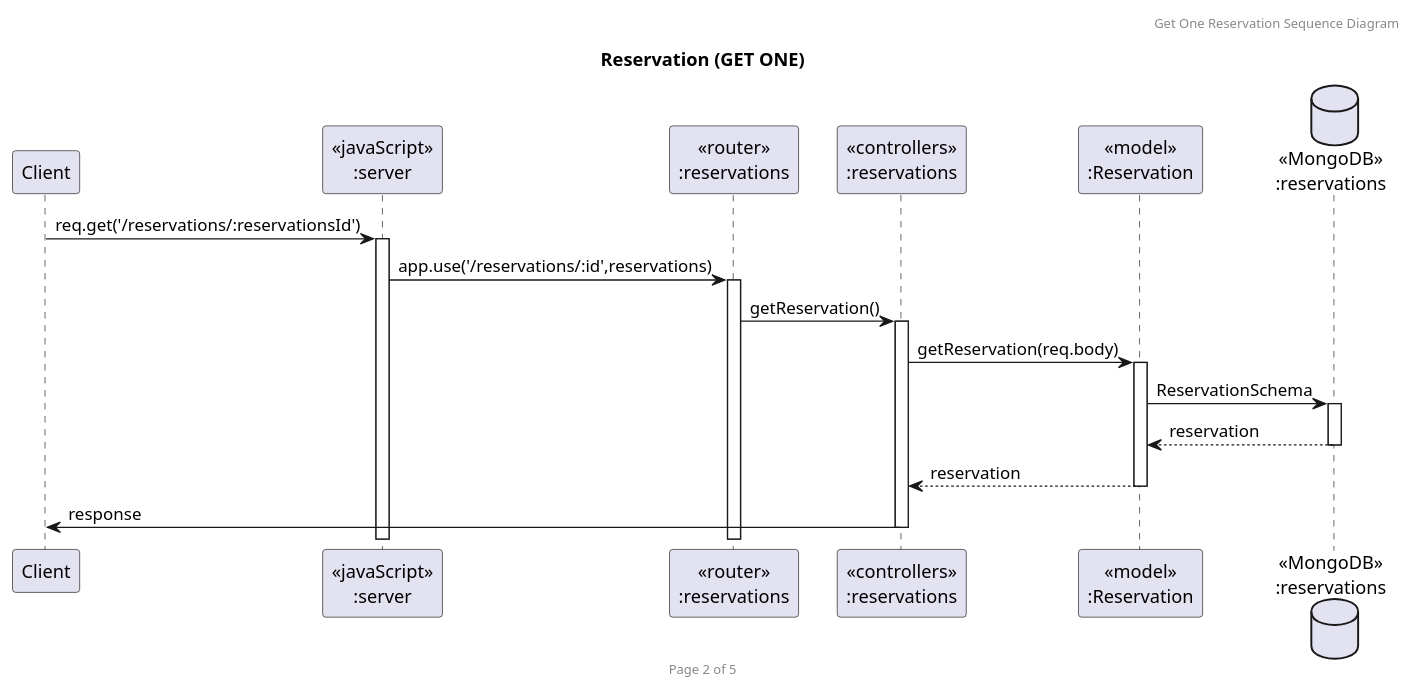
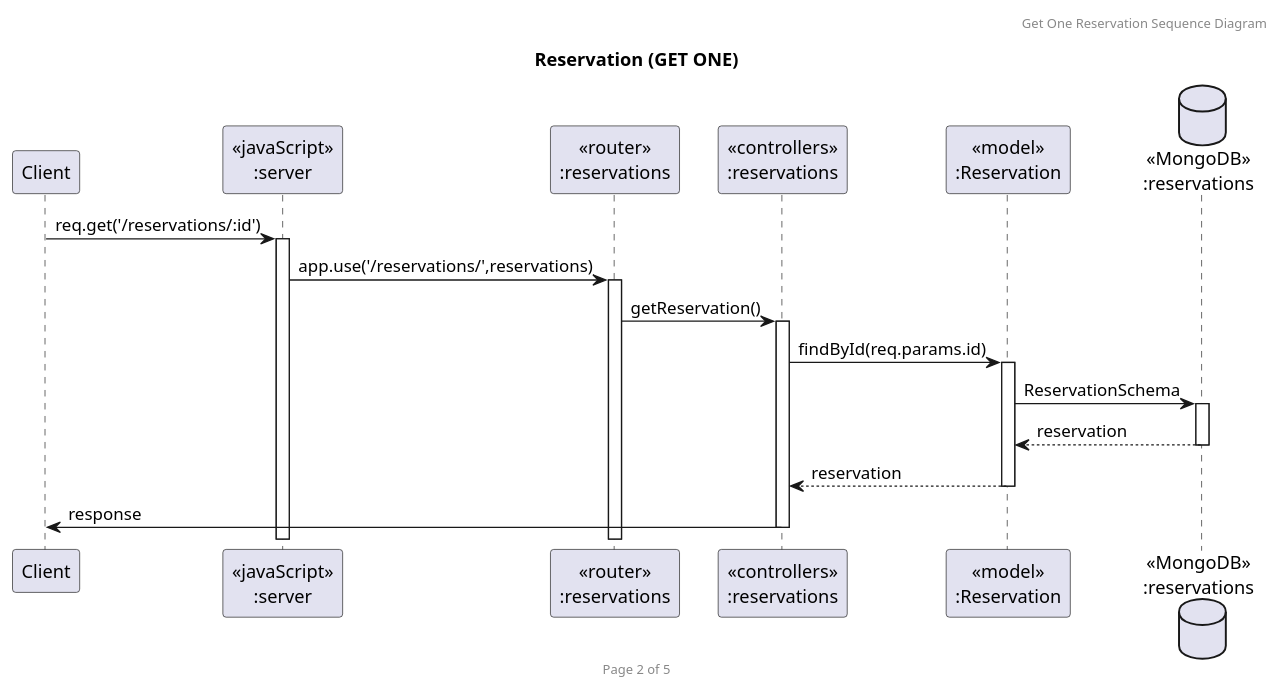
Before and after one commit to marshmeowllo/RestaurantReservation: the diagram in Sequence Diagram/Reservation/ReservationGetOne.puml, drawn with PlantUML. The commit also changed 12 other files, not shown here.

```diff
--- a/Sequence Diagram/Reservation/ReservationGetOne.puml
+++ b/Sequence Diagram/Reservation/ReservationGetOne.puml
@@ -1,23 +1,23 @@
 @startuml Reservation (GET ONE)
 
 header Get One Reservation Sequence Diagram
 footer Page 2 of 5
 title "Reservation (GET ONE)"
 
 participant "Client" as client
 participant "<<javaScript>>\n:server" as server
 participant "<<router>>\n:reservations" as routerReservations
 participant "<<controllers>>\n:reservations" as controllersReservations
 participant "<<model>>\n:Reservation" as modelReservation
 database "<<MongoDB>>\n:reservations" as ReservationDatabase
 
-client->server ++:req.get('/reservations/:reservationsId')
-server->routerReservations ++:app.use('/reservations/:id',reservations)
+client->server ++:req.get('/reservations/:id')
+server->routerReservations ++:app.use('/reservations/',reservations)
 routerReservations->controllersReservations ++:getReservation()
-controllersReservations ->modelReservation ++: getReservation(req.body)
+controllersReservations ->modelReservation ++: findById(req.params.id)
 modelReservation -> ReservationDatabase ++: ReservationSchema
 ReservationDatabase --> modelReservation --: reservation
 controllersReservations <-- modelReservation --:reservation
 controllersReservations->client --:response
 
 @enduml
```
